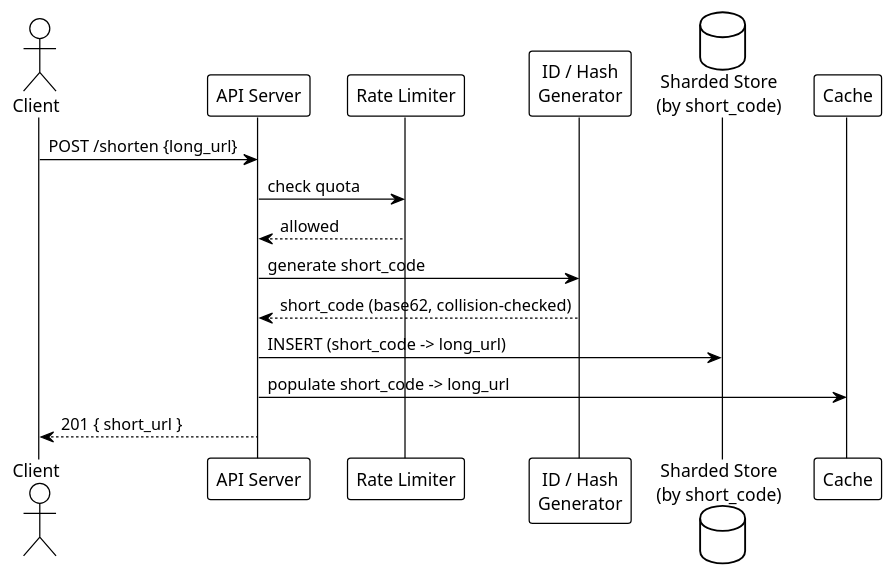
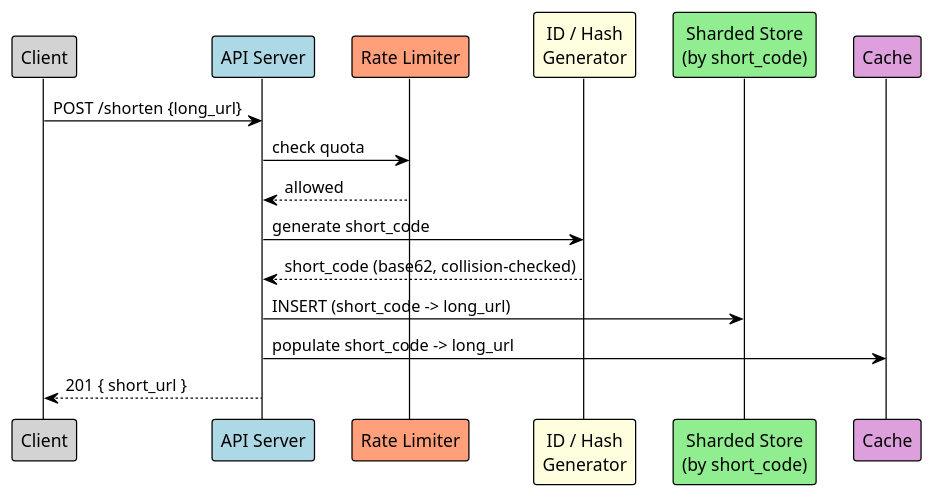
One commit to karthik-dev-82/system-notes changed the first of 2 diagrams in docs/source/url_shortener_interactive.rst. Above: the diagram before and after it, drawn with PlantUML. The commit also changed other lines of this file, not shown here.

Commit message:
Give both URL shortener sequence diagrams a colored box per component
Client and the datastore were the only participants without their own
box/color (actor stick-figure, database cylinder); switching everything
to participant with a fill makes all six components visually consistent.

```diff
--- a/docs/source/url_shortener_interactive.rst
+++ b/docs/source/url_shortener_interactive.rst
@@ -332,19 +332,19 @@
 .. uml::
 
    !theme plain
    skinparam backgroundColor white
-   actor Client
-   participant "API Server" as API
-   participant "Rate Limiter" as RL
-   participant "ID / Hash\nGenerator" as GEN
-   database "Sharded Store\n(by short_code)" as DB
-   participant Cache
+   participant Client #LightGray
+   participant "API Server" as API #LightBlue
+   participant "Rate Limiter" as RL #LightSalmon
+   participant "ID / Hash\nGenerator" as GEN #LightYellow
+   participant "Sharded Store\n(by short_code)" as DB #LightGreen
+   participant Cache #Plum
 
    Client -> API: POST /shorten {long_url}
    API -> RL: check quota
    RL --> API: allowed
    API -> GEN: generate short_code
    GEN --> API: short_code (base62, collision-checked)
    API -> DB: INSERT (short_code -> long_url)
    API -> Cache: populate short_code -> long_url
    API --> Client: 201 { short_url }
```
